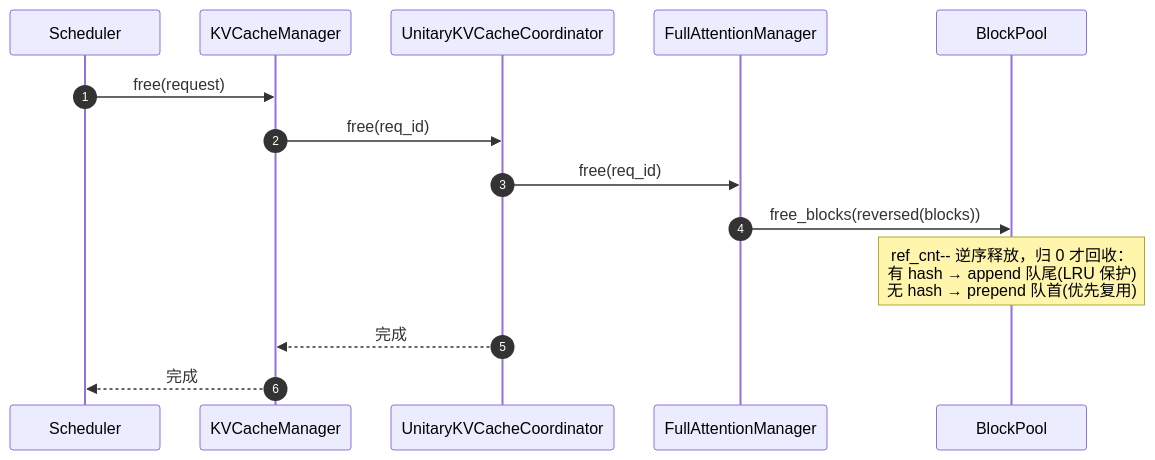
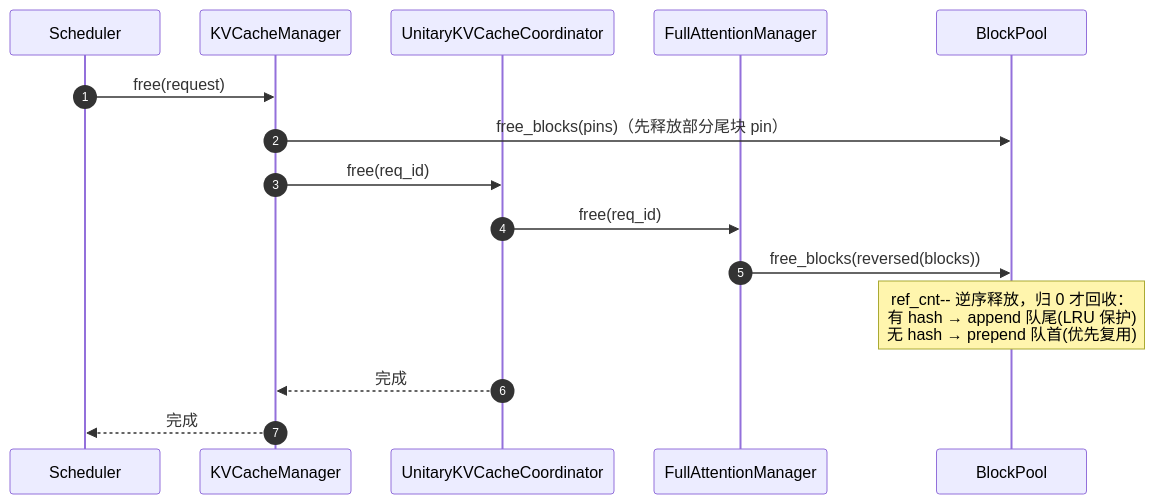
One commit to GoCHug/vllm changed the eighth of 9 diagrams in vllm/v1/core/kvcache_docs/0_end_to_end_sequence.md. Above: the diagram before and after it, drawn with Mermaid. The commit also changed other lines of this file, not shown here.

````diff
--- a/vllm/v1/core/kvcache_docs/0_end_to_end_sequence.md
+++ b/vllm/v1/core/kvcache_docs/0_end_to_end_sequence.md
@@ -310,17 +410,18 @@
 ```mermaid
 %%{init: {"themeVariables": {"actorFontSize": "11px", "messageFontSize": "11px", "noteFontSize": "11px"}, "sequence": {"actorMargin": 40, "messageMargin": 16, "noteMargin": 8, "boxMargin": 8, "boxTextMargin": 4, "messageAlign": "center", "mirrorActors": true, "height": 45}}}%%
 sequenceDiagram
     autonumber
     participant Scheduler
     participant KVCacheManager
     participant UnitaryKVCacheCoordinator
     participant FullAttentionManager
     participant BlockPool
     Scheduler->>KVCacheManager: free(request)
+    KVCacheManager->>BlockPool: free_blocks(pins)（先释放部分尾块 pin）
     KVCacheManager->>UnitaryKVCacheCoordinator: free(req_id)
     UnitaryKVCacheCoordinator->>FullAttentionManager: free(req_id)
     FullAttentionManager->>BlockPool: free_blocks(reversed(blocks))
     Note over BlockPool: ref_cnt-- 逆序释放，归 0 才回收：<br/>有 hash → append 队尾(LRU 保护)<br/>无 hash → prepend 队首(优先复用)
     UnitaryKVCacheCoordinator-->>KVCacheManager: 完成
     KVCacheManager-->>Scheduler: 完成
 ```
````
